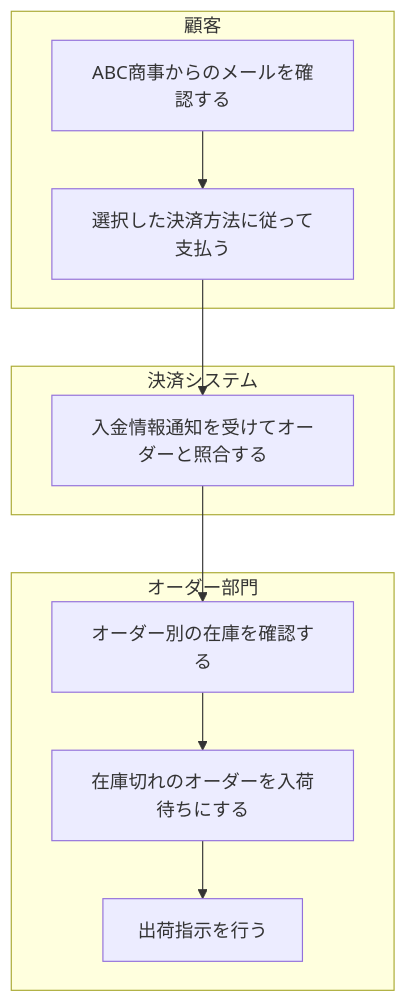
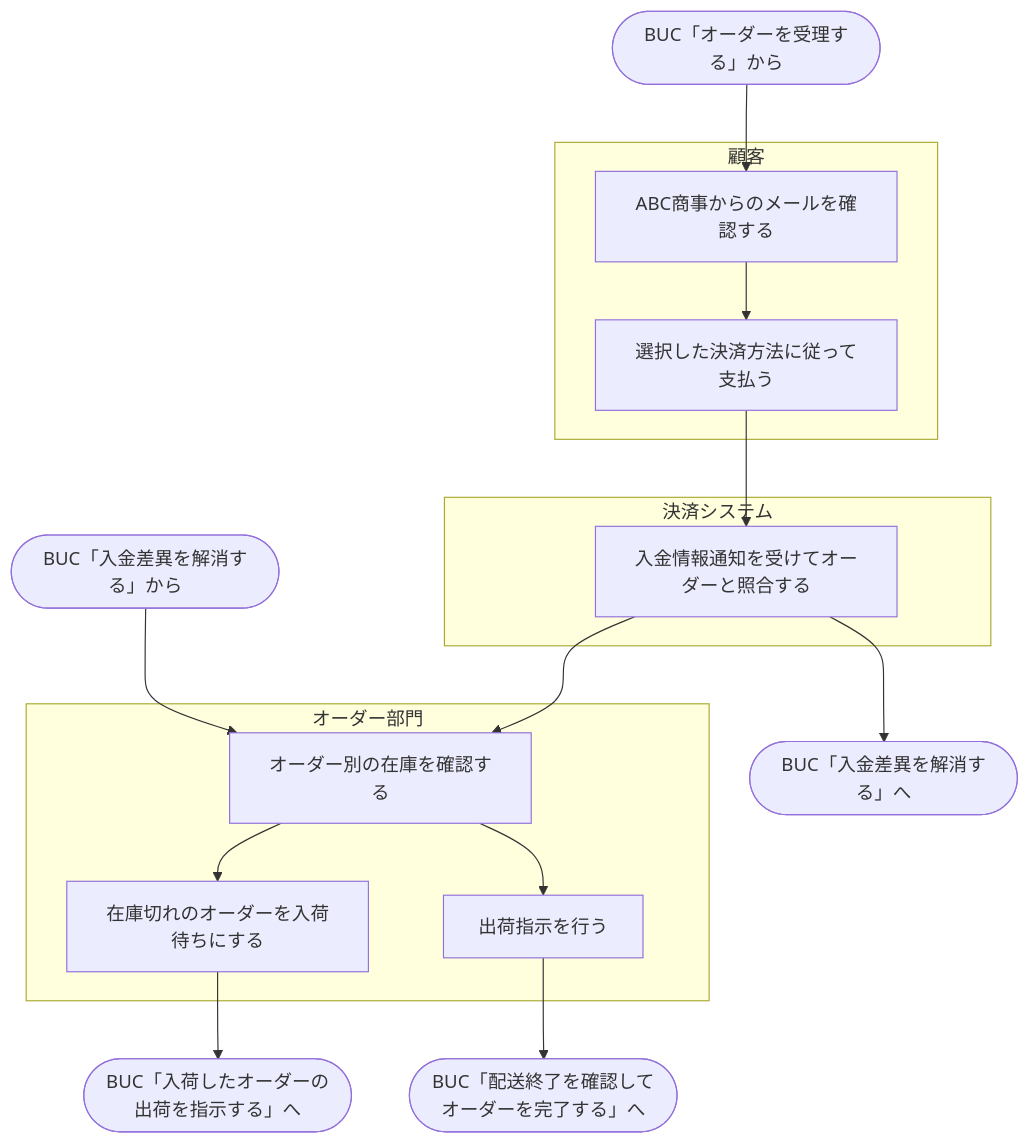
Before and after one commit to Nke0628/rdra-webapp: diagram 15 of 37 in docs/rdra/diagrams.md, drawn with Mermaid. The commit also changed other lines of this file and 10 other files, not shown here.

First line of the commit message:
rdra: BUCの表に先・次の列を足し、業務フロー図を描く(追加質問 1件)

````diff
--- a/docs/rdra/diagrams.md
+++ b/docs/rdra/diagrams.md
@@ -252,21 +431,26 @@
 ```mermaid
 flowchart TB
   subgraph l1["顧客"]
     act2["ABC商事からのメールを確認する"]
     act3["選択した決済方法に従って支払う"]
   end
   subgraph l4["決済システム"]
     act5["入金情報通知を受けてオーダーと照合する"]
   end
   subgraph l6["オーダー部門"]
     act7["オーダー別の在庫を確認する"]
     act8["在庫切れのオーダーを入荷待ちにする"]
     act9["出荷指示を行う"]
   end
+  from10(["BUC「オーダーを受理する」から"]) --> act2
   act2 --> act3
   act3 --> act5
   act5 --> act7
+  act5 --> to11(["BUC「入金差異を解消する」へ"])
   act7 --> act8
-  act8 --> act9
+  act7 --> act9
+  act8 --> to12(["BUC「入荷したオーダーの出荷を指示する」へ"])
+  act9 --> to13(["BUC「配送終了を確認してオーダーを完了する」へ"])
+  from14(["BUC「入金差異を解消する」から"]) --> act7
   classDef hyp stroke-dasharray:5 5,stroke:#d97706,color:#92400e
 ```
````
